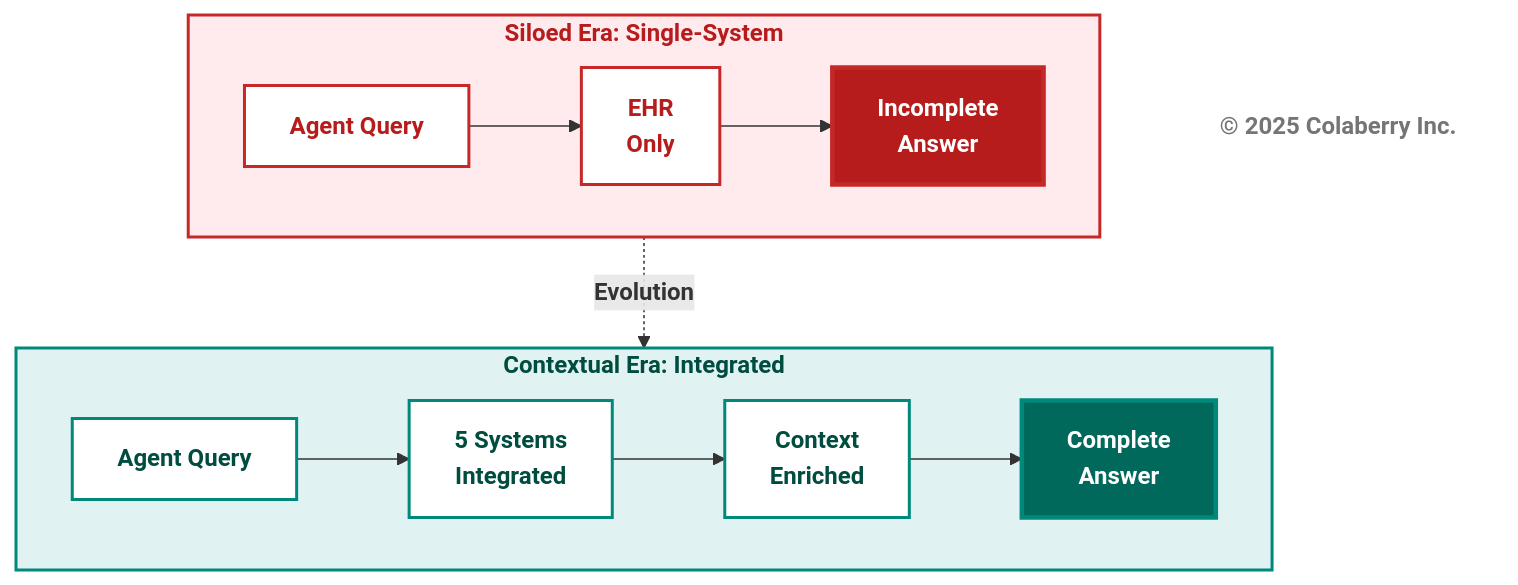
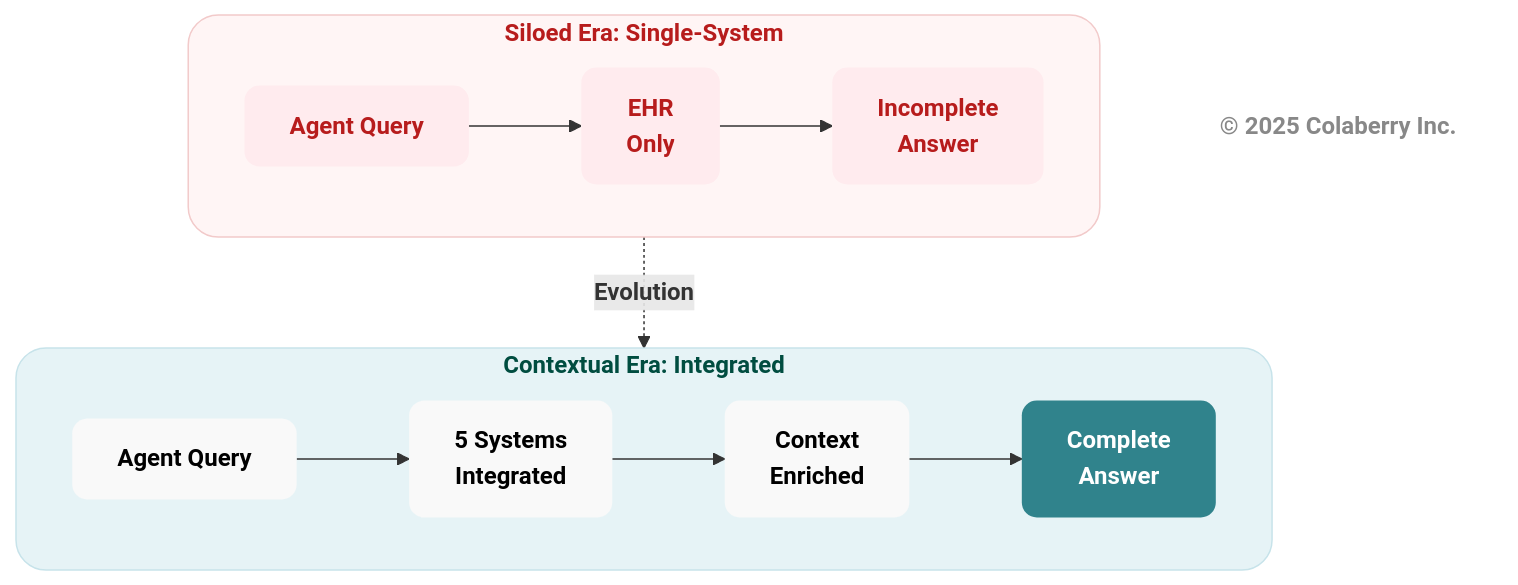
Before and after one commit to saitejesh-cyber/trust-before-intelligence-book: diagram 11 of 12 in manuscript/03_chapter_2_inpact_framework.md, drawn with Mermaid. The commit also changed other lines of this file and 4 other files, not shown here.

Commit message:
Chapter 1to5: Updated mermaid diagrams based on new colaberry color code

````diff
--- a/manuscript/03_chapter_2_inpact_framework.md
+++ b/manuscript/03_chapter_2_inpact_framework.md
@@ -790,33 +833,38 @@
 ```mermaid
 graph TB
     subgraph ERA1["<b>Siloed Era: Single-System</b>"]
         direction LR
         A1["<b>Agent Query</b>"] --> B1["<b>EHR<br/>Only</b>"]
         B1 --> D1["<b>Incomplete<br/>Answer</b>"]
         
-        style D1 fill:#b71c1c,color:#ffffff,stroke:#c62828,stroke-width:3px
+        %% 🔴 CRITICAL CONTEXT FAILURE
+        style D1 fill:#990000,stroke:#b71c1c,stroke-width:1px,color:#ffffff,rx:10,ry:10
     end
     
+    %% 🔵 TRANSITION — CONTEXTUAL EVOLUTION
     ERA1 -.->|<b>Evolution</b>| ERA2
     
     subgraph ERA2["<b>Contextual Era: Integrated</b>"]
         direction LR
         A2["<b>Agent Query</b>"] --> B2["<b>5 Systems<br/>Integrated</b>"]
         B2 --> C2["<b>Context<br/>Enriched</b>"]
         C2 --> D2["<b>Complete<br/>Answer</b>"]
-        
-        style D2 fill:#00695c,color:#ffffff,stroke:#00897b,stroke-width:3px
     end
-    
-    style ERA1 fill:#ffebee,stroke:#c62828,stroke-width:2px,color:#b71c1c
-    style A1 fill:#ffffff,stroke:#c62828,stroke-width:2px,color:#b71c1c
-    style B1 fill:#ffffff,stroke:#c62828,stroke-width:2px,color:#b71c1c
-    
-    style ERA2 fill:#e0f2f1,stroke:#00897b,stroke-width:2px,color:#004d40
-    style A2 fill:#ffffff,stroke:#00897b,stroke-width:2px,color:#004d40
-    style B2 fill:#ffffff,stroke:#00897b,stroke-width:2px,color:#004d40
-    style C2 fill:#ffffff,stroke:#00897b,stroke-width:2px,color:#004d40
-    
+
+    %% 🔴 FAILURE / CONTEXT GAP
+    style ERA1 fill:#fff5f5,stroke:#f2caca,stroke-width:1px,color:#b71c1c,rx:20,ry:20
+    style A1 fill:#ffebee,stroke:none,color:#b71c1c,rx:10,ry:10
+    style B1 fill:#ffebee,stroke:none,color:#b71c1c,rx:10,ry:10
+    style D1 fill:#ffebee,stroke:none,color:#b71c1c,rx:10,ry:10
+
+    %% 🟢 TRUSTED / CONTEXTUAL OUTCOME
+    style ERA2 fill:#e6f3f6,stroke:#c7e3ea,stroke-width:1px,color:#004d40,rx:20,ry:20
+    style A2 fill:#f9f9f9,stroke:none,color:#000000,rx:10,ry:10
+    style B2 fill:#f9f9f9,stroke:none,color:#000000,rx:10,ry:10
+    style C2 fill:#f9f9f9,stroke:none,color:#000000,rx:10,ry:10
+    style D2 fill:#30838C,stroke:none,color:#ffffff,rx:10,ry:10
+
+    %% FOOTER
     Copyright["<b>© 2025 Colaberry Inc.</b>"]
-    style Copyright fill:#ffffff,stroke:none,color:#757575
+    style Copyright fill:none,stroke:none,color:#888888
 ```
````
